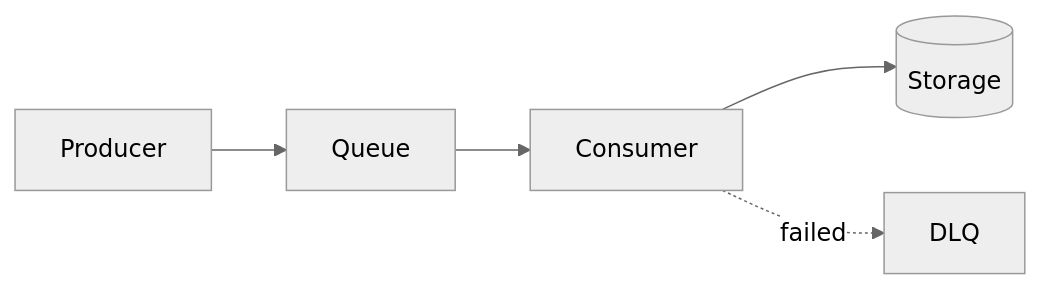
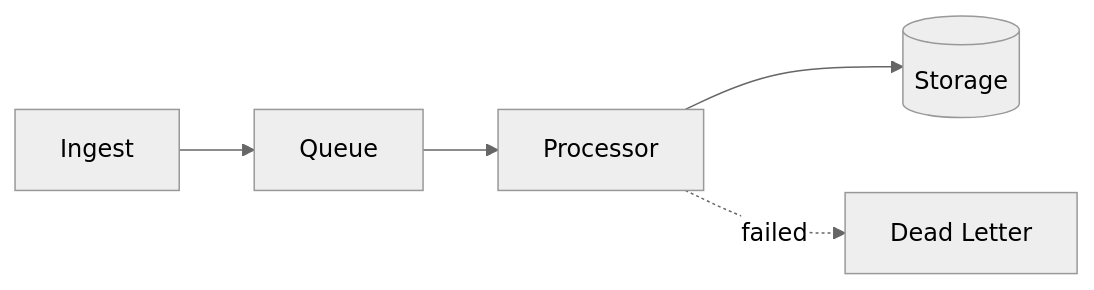
Before and after one commit to littlebearapps/cloudflare-engineer: the second of 3 diagrams in skills/architect/SKILL.md, drawn with Mermaid (neutral theme). The commit also changed other lines of this file and 34 other files, not shown here.

````diff
--- a/skills/architect/SKILL.md
+++ b/skills/architect/SKILL.md
@@ -942,7 +199,6 @@
 ```mermaid
 graph LR
-    A[Producer] --> B[Queue]
-    B --> C[Consumer]
-    C --> D[(Storage)]
-    C -.->|failed| E[DLQ]
+    I[Ingest] --> Q[Queue] --> P[Processor]
+    P --> D1[(Storage)]
+    P -.->|failed| DLQ[Dead Letter]
 ```
````
